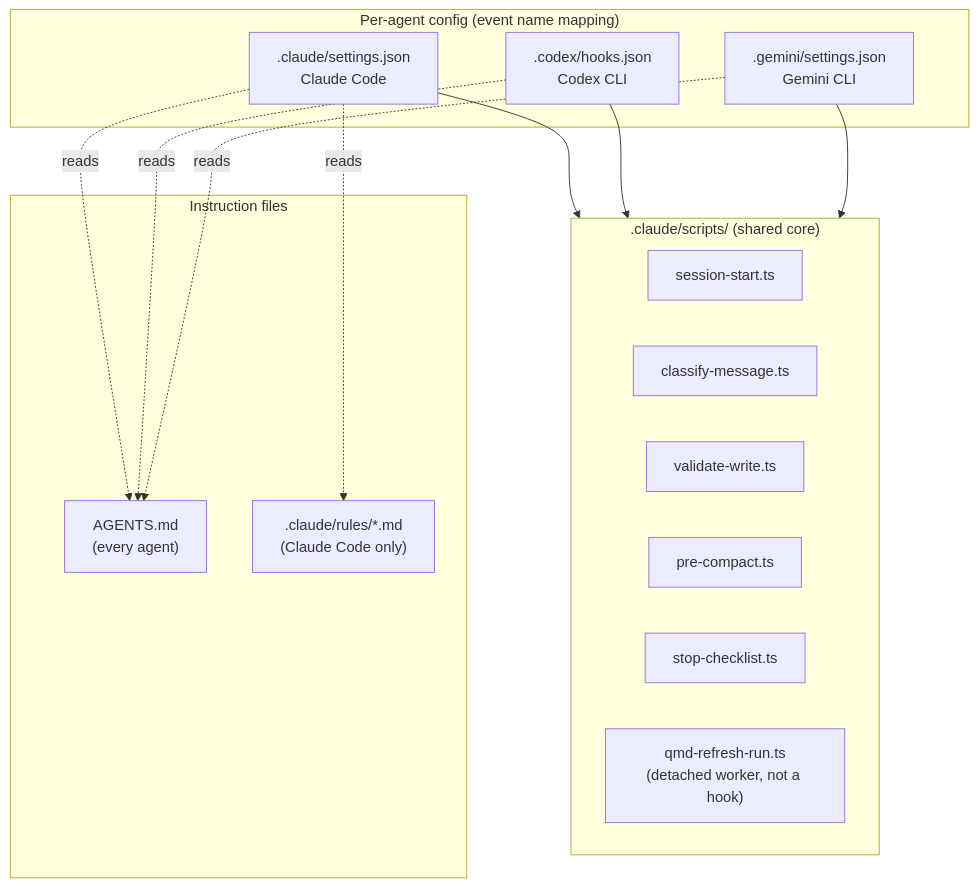
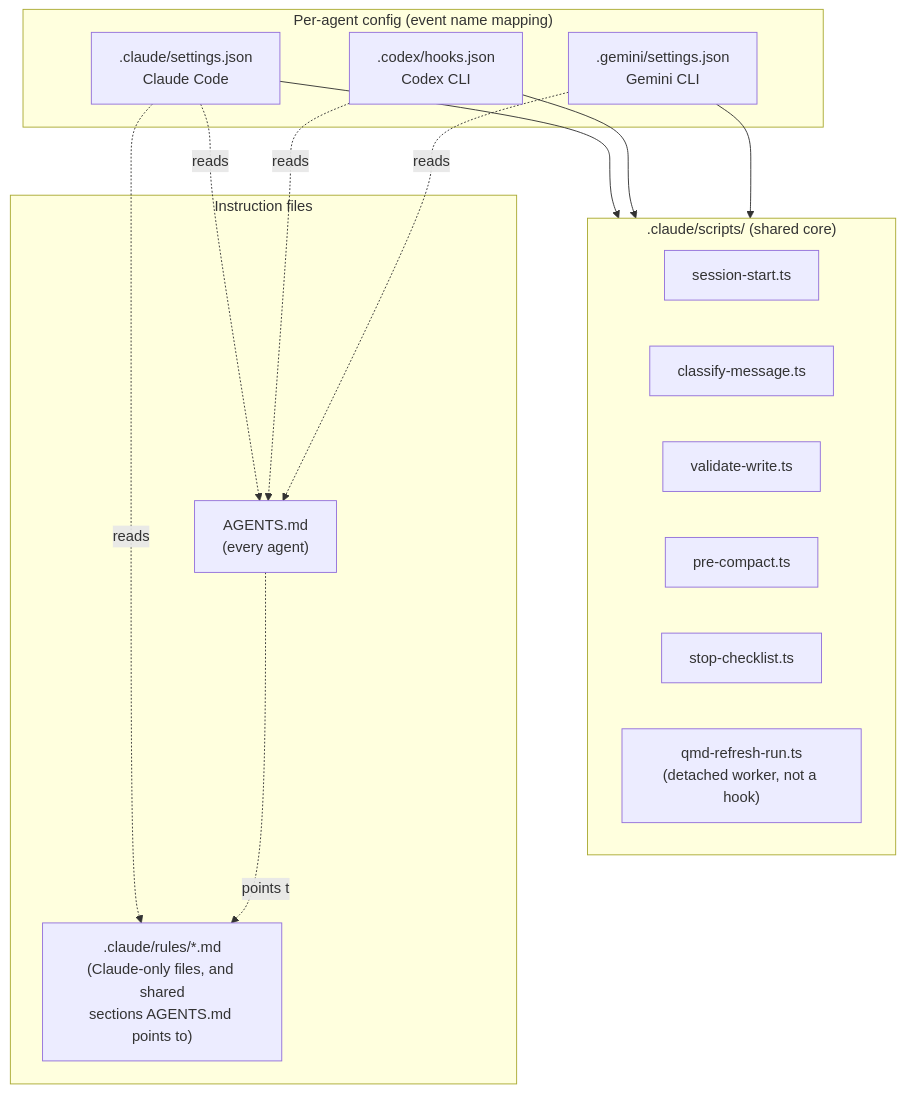
One commit to breferrari/obsidian-mind changed diagram 20 of 21 in ARCHITECTURE.md. Above: the diagram before and after it, drawn with Mermaid. The commit also changed 10 other files, not shown here.

First line of the commit message:
fix: apply the code-review findings on the shared-rules redesign

````diff
--- a/ARCHITECTURE.md
+++ b/ARCHITECTURE.md
@@ -893,28 +893,29 @@
 ```mermaid
 flowchart TB
     subgraph Configs["Per-agent config (event name mapping)"]
         Claude[".claude/settings.json<br/>Claude Code"]
         Codex[".codex/hooks.json<br/>Codex CLI"]
         Gemini[".gemini/settings.json<br/>Gemini CLI"]
     end
     subgraph Shared[".claude/scripts/ (shared core)"]
         S1["session-start.ts"]
         S2["classify-message.ts"]
         S3["validate-write.ts"]
         S5["pre-compact.ts"]
         S6["stop-checklist.ts"]
         S7["qmd-refresh-run.ts<br/>(detached worker, not a hook)"]
     end
     subgraph Manuals["Instruction files"]
         AM["AGENTS.md<br/>(every agent)"]
-        RM[".claude/rules/*.md<br/>(Claude Code only)"]
+        RM[".claude/rules/*.md<br/>(Claude-only files, and shared<br/>sections AGENTS.md points to)"]
     end
 
     Claude --> Shared
     Codex --> Shared
     Gemini --> Shared
     Claude -.reads.-> AM
     Claude -.reads.-> RM
+    AM -.points to.-> RM
     Codex -.reads.-> AM
     Gemini -.reads.-> AM
 ```
````
